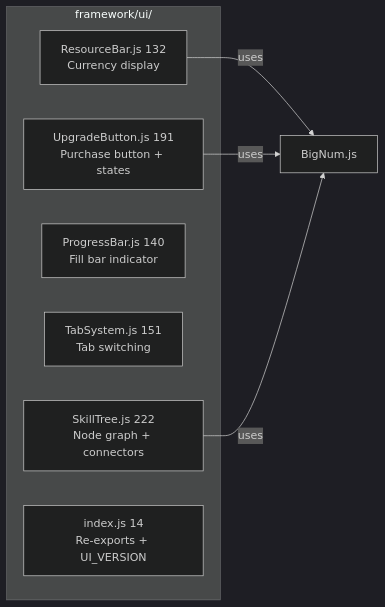
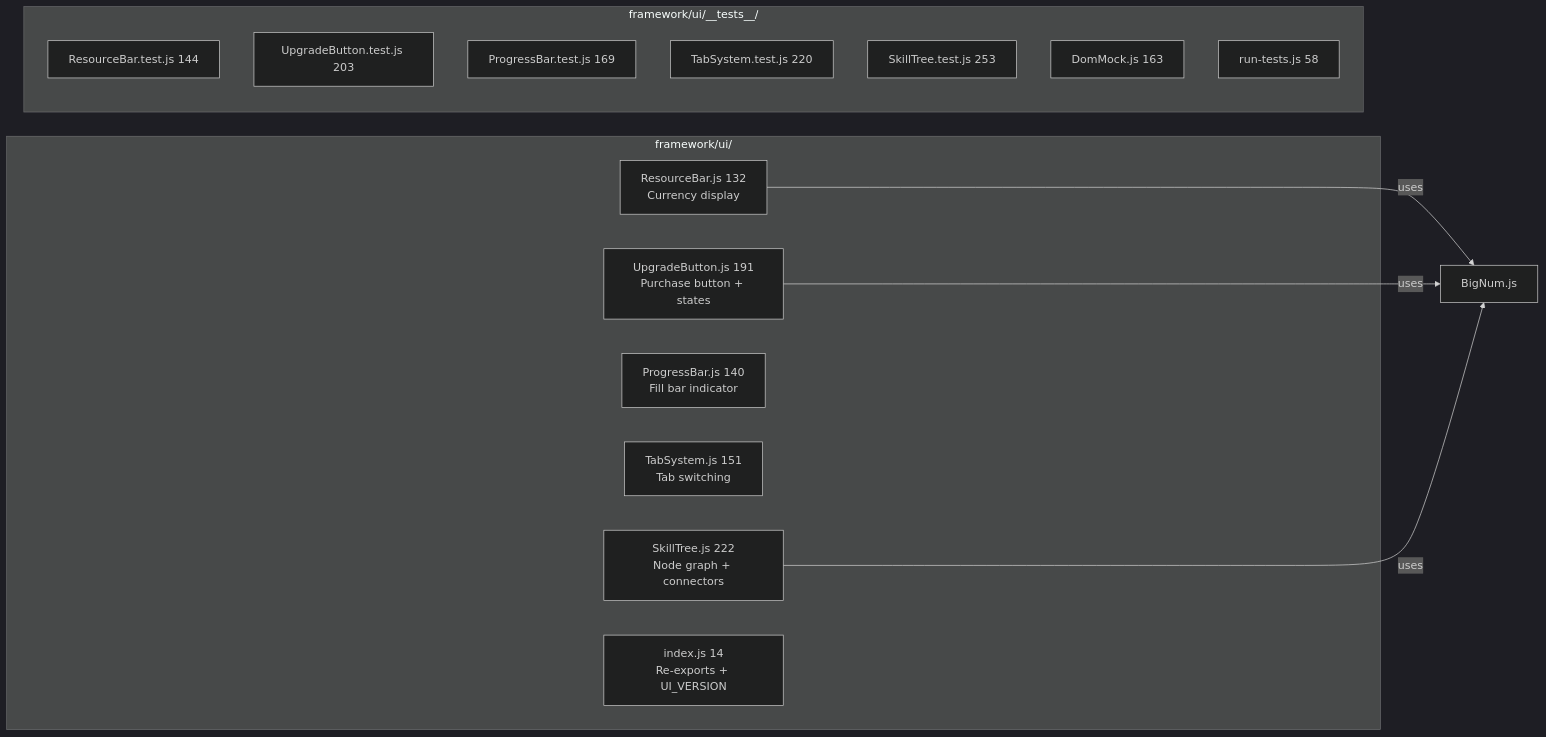
One commit to J-Gierend/gamePocGen changed the fifth of 10 diagrams in AI/document/01-file-map.md. Above: the diagram before and after it, drawn with Mermaid (dark theme). The commit also changed other lines of this file and 5 other files, not shown here.

````diff
--- a/AI/document/01-file-map.md
+++ b/AI/document/01-file-map.md
@@ -93,15 +112,25 @@
 ```mermaid
 graph LR
     subgraph "framework/ui/"
         RB["ResourceBar.js 132\nCurrency display"]
         UB["UpgradeButton.js 191\nPurchase button + states"]
         PB["ProgressBar.js 140\nFill bar indicator"]
         TS["TabSystem.js 151\nTab switching"]
         SK["SkillTree.js 222\nNode graph + connectors"]
         UI["index.js 14\nRe-exports + UI_VERSION"]
     end
 
+    subgraph "framework/ui/__tests__/"
+        RBT["ResourceBar.test.js 144"]
+        UBT["UpgradeButton.test.js 203"]
+        PBT["ProgressBar.test.js 169"]
+        TST["TabSystem.test.js 220"]
+        SKT["SkillTree.test.js 253"]
+        DM2["DomMock.js 163"]
+        URR["run-tests.js 58"]
+    end
+
     RB -->|"uses"| BN["BigNum.js"]
     UB -->|"uses"| BN
     SK -->|"uses"| BN
 ```
````
